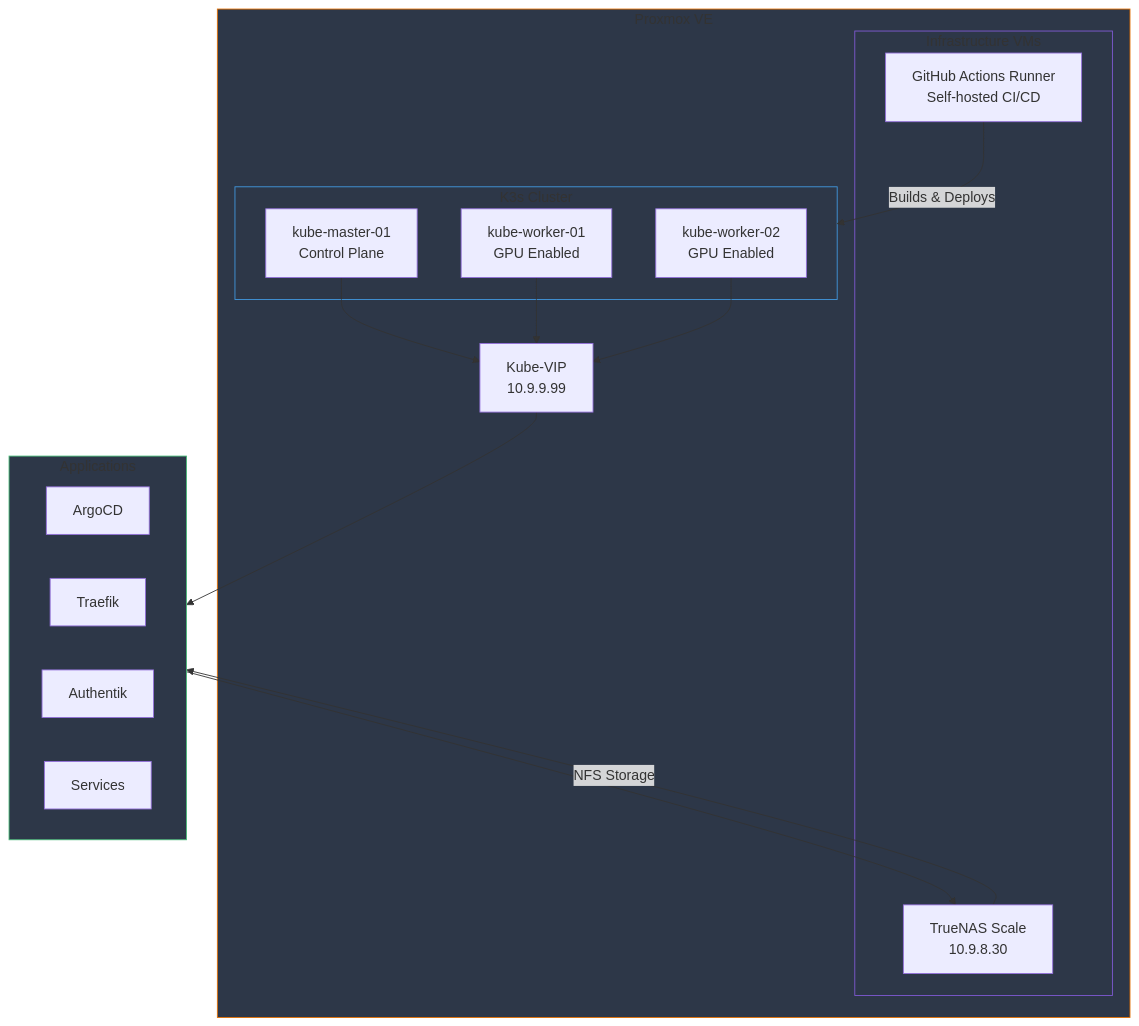
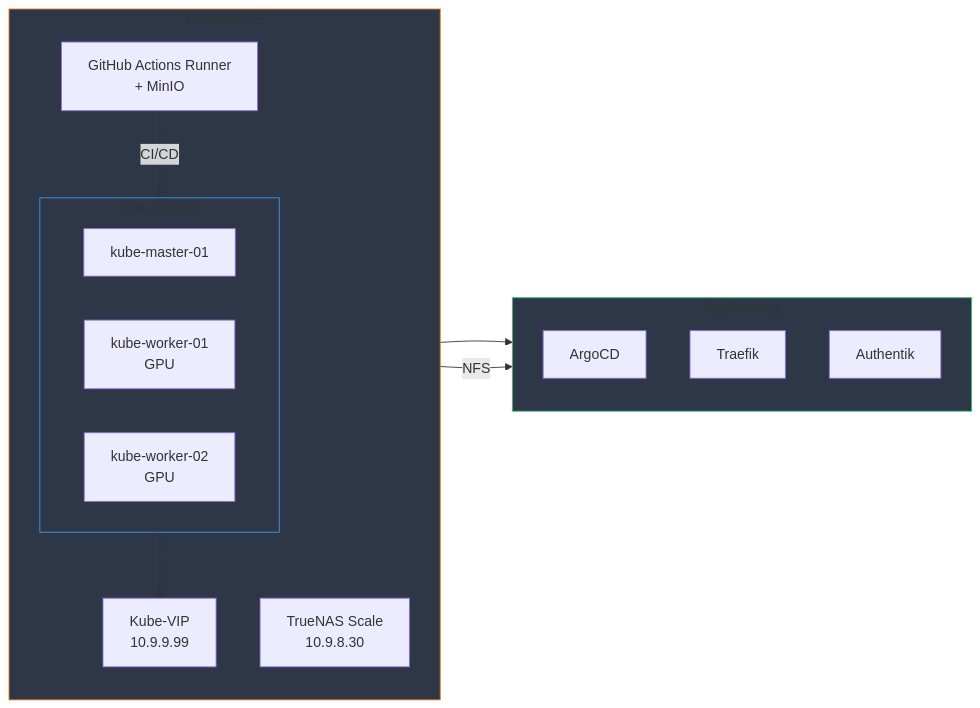
The second of 6 diagrams in profile/README.md (Starktastic-Homelab/.github), drawn with Mermaid before and after one commit.

Commit message:
docs: compact architecture diagram layout

````diff
--- a/profile/README.md
+++ b/profile/README.md
@@ -45,37 +45,24 @@
 ```mermaid
-flowchart TB
+flowchart LR
     subgraph Proxmox["Proxmox VE"]
+        direction TB
         subgraph Cluster["K3s Cluster"]
-            Master["kube-master-01<br/>Control Plane"]
-            Worker1["kube-worker-01<br/>GPU Enabled"]
-            Worker2["kube-worker-02<br/>GPU Enabled"]
+            Master["kube-master-01"] & Worker1["kube-worker-01<br/>GPU"] & Worker2["kube-worker-02<br/>GPU"]
         end
-        
         VIP["Kube-VIP<br/>10.9.9.99"]
-        
-        subgraph Infrastructure["Infrastructure VMs"]
-            Runner["GitHub Actions Runner<br/>Self-hosted CI/CD"]
-            TrueNAS["TrueNAS Scale<br/>10.9.8.30"]
-        end
+        Runner["GitHub Actions Runner<br/>+ MinIO"]
+        TrueNAS["TrueNAS Scale<br/>10.9.8.30"]
     end
     
     subgraph Apps["Applications"]
-        ArgoCD[ArgoCD]
-        Traefik[Traefik]
-        Authentik[Authentik]
-        Services[Services]
+        ArgoCD[ArgoCD] & Traefik[Traefik] & Authentik[Authentik]
     end
     
-    Master --> VIP
-    Worker1 --> VIP
-    Worker2 --> VIP
-    VIP --> Apps
-    Apps --> TrueNAS
-    Runner -->|"Builds & Deploys"| Cluster
-    TrueNAS -->|"NFS Storage"| Apps
+    Cluster --> VIP --> Apps
+    TrueNAS -->|NFS| Apps
+    Runner -->|CI/CD| Cluster
     
     style Proxmox fill:#2d3748,stroke:#e57000
     style Cluster fill:#2d3748,stroke:#4299e1
-    style Infrastructure fill:#2d3748,stroke:#805ad5
     style Apps fill:#2d3748,stroke:#48bb78
 ```
````
